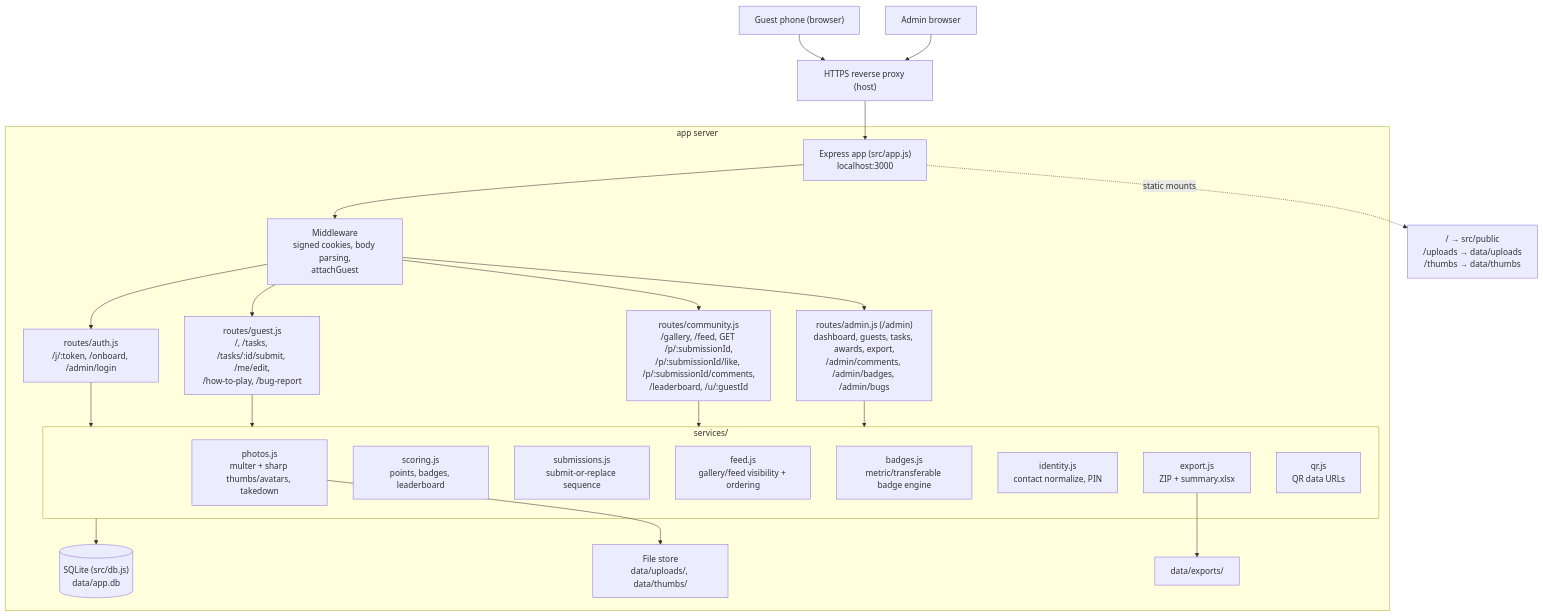
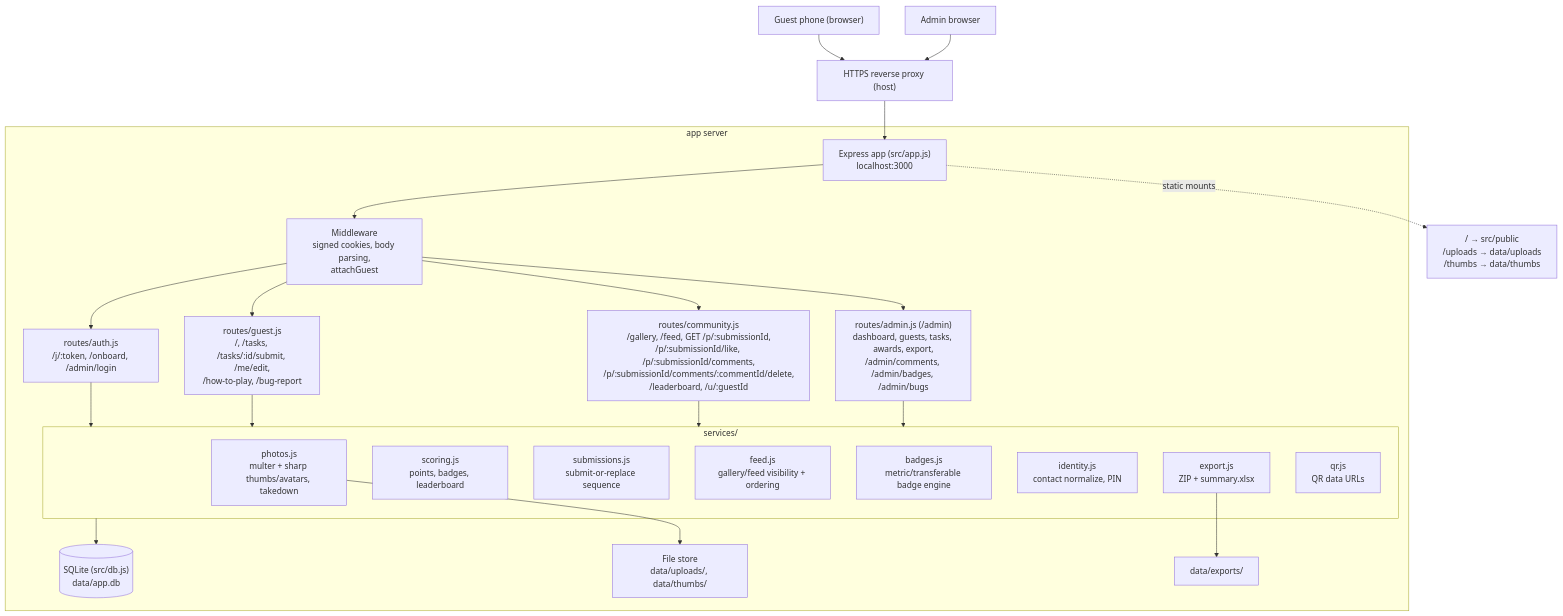
The first of 2 diagrams in docs/architecture.md (TrevorHumble/TaskMasterWedding), drawn with Mermaid before and after one commit. The commit also changed 6 other files, not shown here.

First line of the commit message:
feat(feed): guests delete their own comments via a ⋯ menu (#338)

````diff
--- a/docs/architecture.md
+++ b/docs/architecture.md
@@ -9,37 +9,37 @@
 ```mermaid
 flowchart TD
     phone["Guest phone (browser)"] --> proxy
     admin["Admin browser"] --> proxy
     proxy["HTTPS reverse proxy (host)"] --> express
 
     subgraph server["app server"]
         express["Express app (src/app.js)<br/>localhost:3000"]
         express --> mw["Middleware<br/>signed cookies, body parsing,<br/>attachGuest"]
         mw --> auth["routes/auth.js<br/>/j/:token, /onboard, /admin/login"]
         mw --> guest["routes/guest.js<br/>/, /tasks, /tasks/:id/submit, /me/edit,<br/>/how-to-play, /bug-report"]
-        mw --> community["routes/community.js<br/>/gallery, /feed, GET /p/:submissionId,<br/>/p/:submissionId/like, /p/:submissionId/comments,<br/>/leaderboard, /u/:guestId"]
+        mw --> community["routes/community.js<br/>/gallery, /feed, GET /p/:submissionId,<br/>/p/:submissionId/like, /p/:submissionId/comments,<br/>/p/:submissionId/comments/:commentId/delete,<br/>/leaderboard, /u/:guestId"]
         mw --> adminr["routes/admin.js (/admin)<br/>dashboard, guests, tasks, awards, export,<br/>/admin/comments, /admin/badges, /admin/bugs"]
 
         auth --> svc
         guest --> svc
         community --> svc
         adminr --> svc
 
         subgraph svc["services/"]
             photos["photos.js<br/>multer + sharp thumbs/avatars, takedown"]
             scoring["scoring.js<br/>points, badges, leaderboard"]
             submissions["submissions.js<br/>submit-or-replace sequence"]
             feed["feed.js<br/>gallery/feed visibility + ordering"]
             badges["badges.js<br/>metric/transferable badge engine"]
             identity["identity.js<br/>contact normalize, PIN"]
             export["export.js<br/>ZIP + summary.xlsx"]
             qr["qr.js<br/>QR data URLs"]
         end
 
         svc --> db[("SQLite (src/db.js)<br/>data/app.db")]
         photos --> files["File store<br/>data/uploads/, data/thumbs/"]
         export --> exports["data/exports/"]
     end
 
     express -. "static mounts" .-> static["/ → src/public<br/>/uploads → data/uploads<br/>/thumbs → data/thumbs"]
 ```
````
